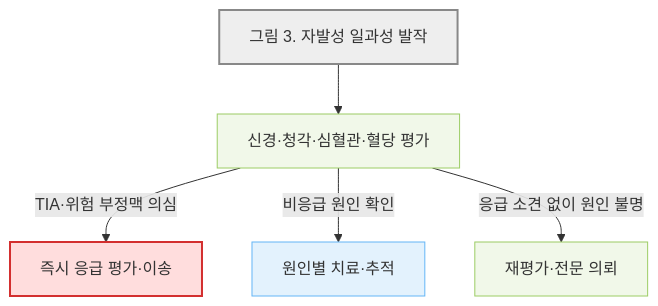
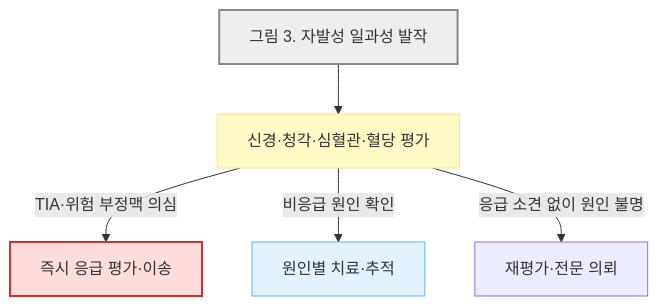
One commit to familyoh77/familyoh77 changed the third of 4 diagrams in 221_/020_-dizziness.md. Above: the diagram before and after it, drawn with Mermaid. The commit also changed other lines of this file, not shown here.

````diff
--- a/221_/020_-dizziness.md
+++ b/221_/020_-dizziness.md
@@ -525,16 +532,15 @@
 ```mermaid
 flowchart TD
     A["그림 3. 자발성 일과성 발작"] --> D["신경·청각·심혈관·혈당 평가"]
     D -- "TIA·위험 부정맥 의심" --> U["즉시 응급 평가·이송"]
     D -- "비응급 원인 확인" --> T["원인별 치료·추적"]
     D -- "응급 소견 없이 원인 불명" --> R["재평가·전문 의뢰"]
-
     classDef start fill:#eeeeee,stroke:#888888,stroke-width:2px
-    classDef evaluation fill:#f1f8e9,stroke:#9ccc65
     classDef emergency fill:#ffdddd,stroke:#d32f2f,stroke-width:2px
     classDef treatment fill:#e3f2fd,stroke:#64b5f6
     class A start
-    class D,R evaluation
     class U emergency
     class T treatment
+classDef decision fill:#fff9c4,stroke:#ffe082;
+class D decision;
 ```
````
